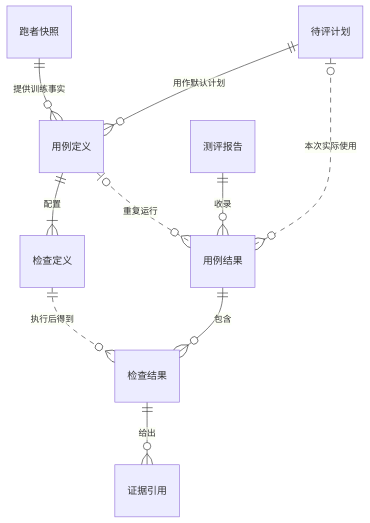
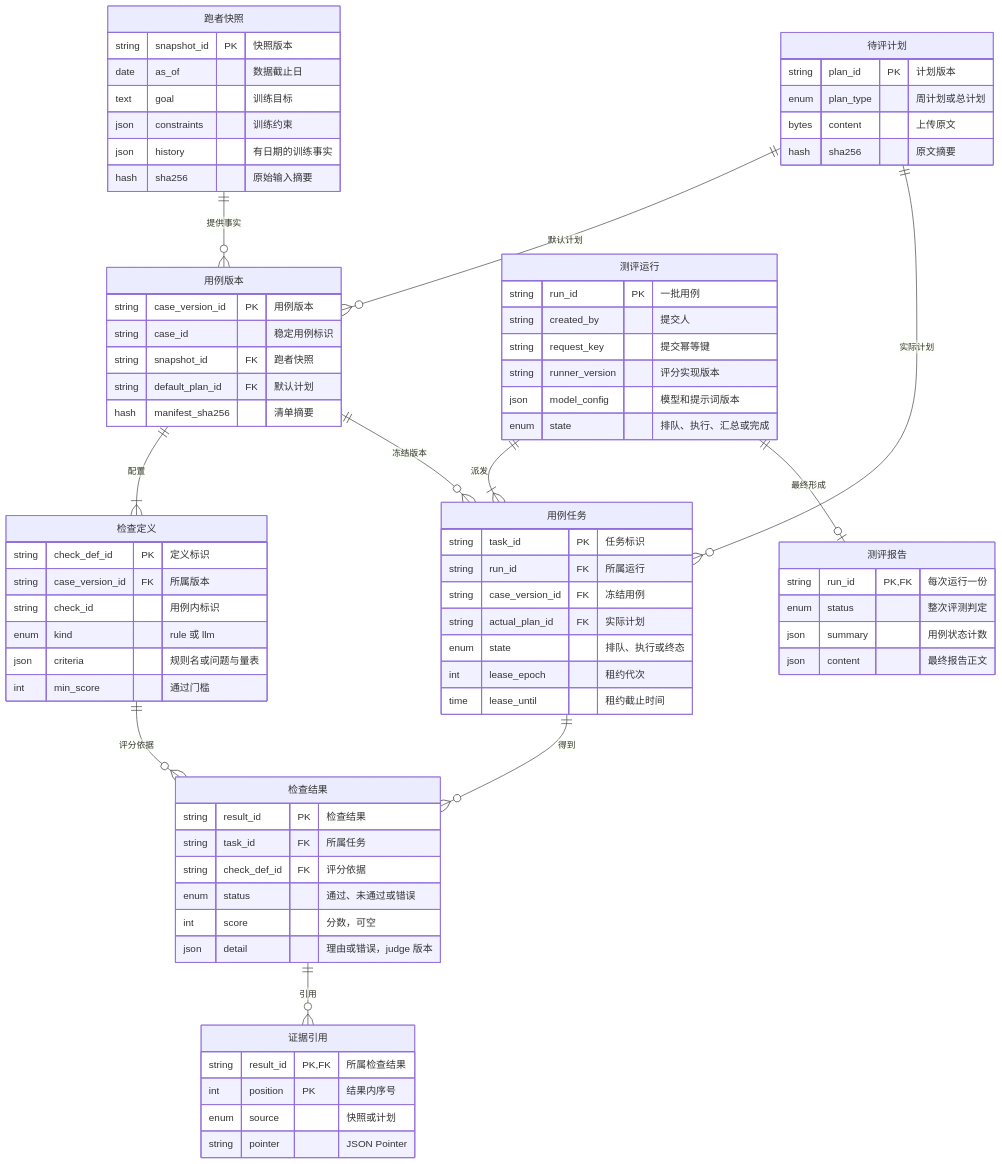
The second of 2 diagrams in docs/superpowers/specs/2026-11-23-offline-plan-eval.md (zhaochy1990/running), drawn with Mermaid before and after one commit. The commit also changed other lines of this file and 1 other file, not shown here.

Commit message:
docs: 改为分布式测评平台并标注九个实体的主要属性

````diff
--- a/docs/superpowers/specs/2026-11-23-offline-plan-eval.md
+++ b/docs/superpowers/specs/2026-11-23-offline-plan-eval.md
@@ -157,12 +166,79 @@
 ```mermaid
 erDiagram
-    "跑者快照" ||--o{ "用例定义" : "提供训练事实"
-    "待评计划" ||--o{ "用例定义" : "用作默认计划"
-    "用例定义" ||--|{ "检查定义" : "配置"
-    "测评报告" ||--o{ "用例结果" : "收录"
-    "用例定义" |o..o{ "用例结果" : "重复运行"
-    "待评计划" |o..o{ "用例结果" : "本次实际使用"
-    "用例结果" ||--o{ "检查结果" : "包含"
-    "检查定义" ||..o{ "检查结果" : "执行后得到"
-    "检查结果" ||--o{ "证据引用" : "给出"
+    "跑者快照" {
+        string snapshot_id PK "快照版本"
+        date as_of "数据截止日"
+        text goal "训练目标"
+        json constraints "训练约束"
+        json history "有日期的训练事实"
+        hash sha256 "原始输入摘要"
+    }
+    "用例版本" {
+        string case_version_id PK "用例版本"
+        string case_id "稳定用例标识"
+        string snapshot_id FK "跑者快照"
+        string default_plan_id FK "默认计划"
+        hash manifest_sha256 "清单摘要"
+    }
+    "检查定义" {
+        string check_def_id PK "定义标识"
+        string case_version_id FK "所属版本"
+        string check_id "用例内标识"
+        enum kind "rule 或 llm"
+        json criteria "规则名或问题与量表"
+        int min_score "通过门槛"
+    }
+    "待评计划" {
+        string plan_id PK "计划版本"
+        enum plan_type "周计划或总计划"
+        bytes content "上传原文"
+        hash sha256 "原文摘要"
+    }
+    "用例任务" {
+        string task_id PK "任务标识"
+        string run_id FK "所属运行"
+        string case_version_id FK "冻结用例"
+        string actual_plan_id FK "实际计划"
+        enum state "排队、执行或终态"
+        int lease_epoch "租约代次"
+        time lease_until "租约截止时间"
+    }
+    "检查结果" {
+        string result_id PK "检查结果"
+        string task_id FK "所属任务"
+        string check_def_id FK "评分依据"
+        enum status "通过、未通过或错误"
+        int score "分数，可空"
+        json detail "理由或错误，judge 版本"
+    }
+    "测评报告" {
+        string run_id PK,FK "每次运行一份"
+        enum status "整次评测判定"
+        json summary "用例状态计数"
+        json content "最终报告正文"
+    }
+    "测评运行" {
+        string run_id PK "一批用例"
+        string created_by "提交人"
+        string request_key "提交幂等键"
+        string runner_version "评分实现版本"
+        json model_config "模型和提示词版本"
+        enum state "排队、执行、汇总或完成"
+    }
+    "证据引用" {
+        string result_id PK,FK "所属检查结果"
+        int position PK "结果内序号"
+        enum source "快照或计划"
+        string pointer "JSON Pointer"
+    }
+    "跑者快照" ||--o{ "用例版本" : "提供事实"
+    "待评计划" ||--o{ "用例版本" : "默认计划"
+    "用例版本" ||--|{ "检查定义" : "配置"
+    "用例版本" ||--o{ "用例任务" : "冻结版本"
+    "待评计划" ||--o{ "用例任务" : "实际计划"
+    "测评运行" ||--|{ "用例任务" : "派发"
+    "用例任务" ||--o{ "检查结果" : "得到"
+    "检查定义" ||--o{ "检查结果" : "评分依据"
+    "检查结果" ||--o{ "证据引用" : "引用"
+    "测评运行" ||--o| "测评报告" : "最终形成"
 ```
````
